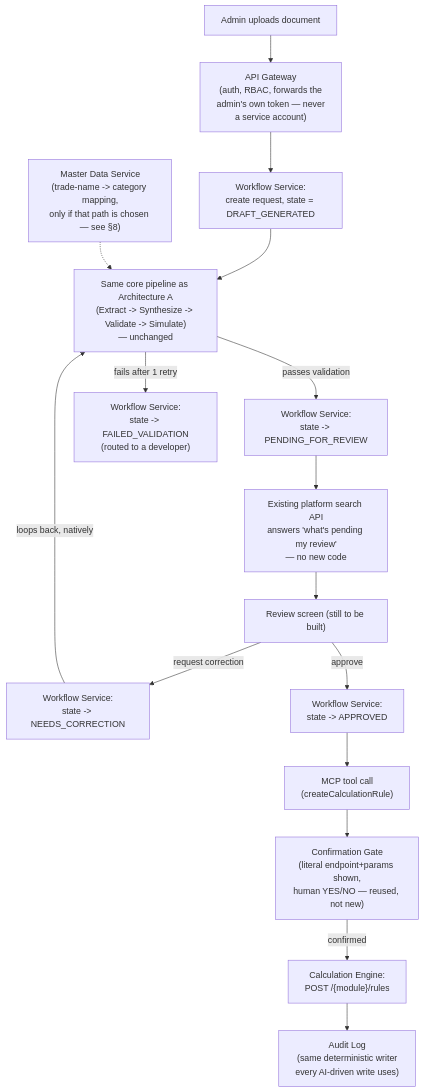
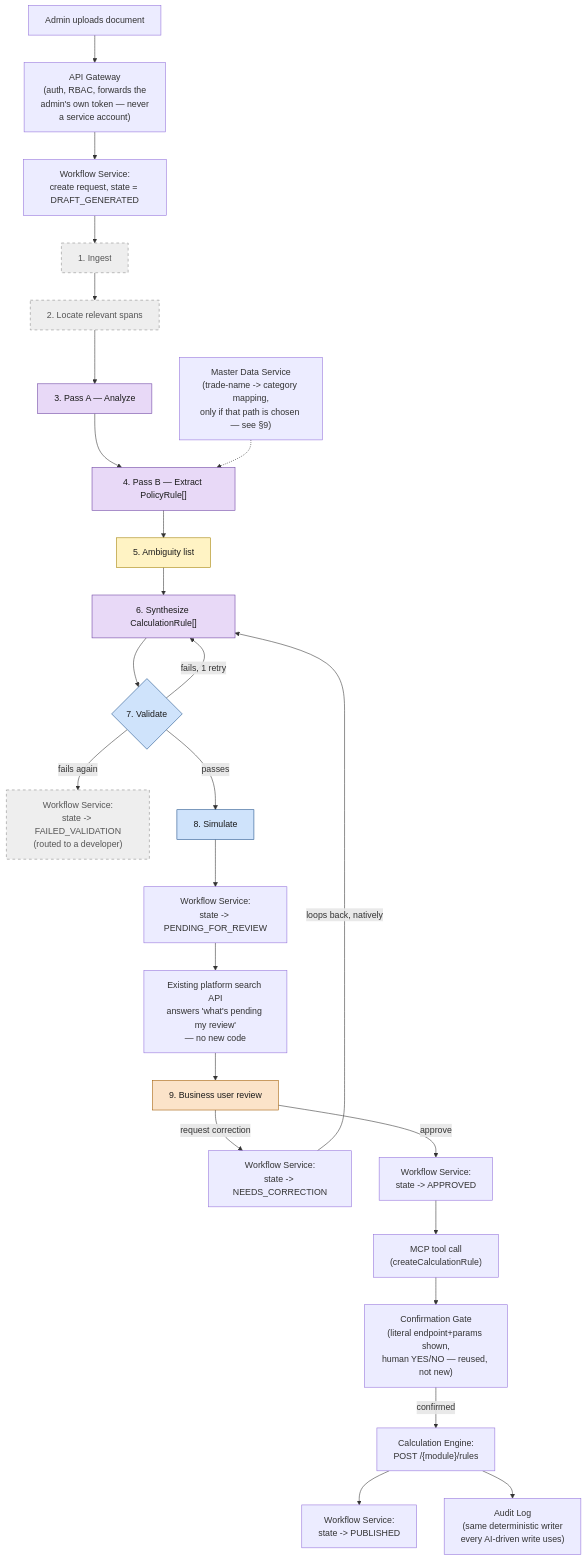
The second of 5 diagrams in DEMO.md (srujana-egov/policy-to-calc-spec), drawn with Mermaid before and after one commit. The commit also changed other lines of this file, not shown here.

First line of the commit message:
Add structured-outputs/PolicyRule section and expand DIGIT-native architecture diagram

````diff
--- a/DEMO.md
+++ b/DEMO.md
@@ -154,21 +221,34 @@
 ```mermaid
 flowchart TD
     ADMIN["Admin uploads document"] --> KONG["API Gateway<br/>(auth, RBAC, forwards the<br/>admin's own token — never<br/>a service account)"]
     KONG --> WFNEW["Workflow Service:<br/>create request, state = DRAFT_GENERATED"]
-    WFNEW --> PIPELINE["Same core pipeline as Architecture A<br/>(Extract -> Synthesize -> Validate -> Simulate)<br/>— unchanged"]
-    MDMS["Master Data Service<br/>(trade-name -> category mapping,<br/>only if that path is chosen — see §8)"] -.-> PIPELINE
 
-    PIPELINE -->|passes validation| WFREVIEW["Workflow Service:<br/>state -> PENDING_FOR_REVIEW"]
-    PIPELINE -->|fails after 1 retry| WFFAIL["Workflow Service:<br/>state -> FAILED_VALIDATION<br/>(routed to a developer)"]
+    WFNEW --> S1["1. Ingest"]:::notbuilt --> S2["2. Locate relevant spans"]:::notbuilt
+    S2 --> S3D["3. Pass A — Analyze"]:::ai --> S4D["4. Pass B — Extract PolicyRule[]"]:::ai
+    S4D --> S5D["5. Ambiguity list"]:::partial --> S6D["6. Synthesize CalculationRule[]"]:::ai
+    MDMS["Master Data Service<br/>(trade-name -> category mapping,<br/>only if that path is chosen — see §9)"] -.-> S4D
 
+    S6D --> S7D{"7. Validate"}:::code
+    S7D -->|fails, 1 retry| S6D
+    S7D -->|fails again| WFFAIL["Workflow Service:<br/>state -> FAILED_VALIDATION<br/>(routed to a developer)"]:::notbuilt
+    S7D -->|passes| S8D["8. Simulate"]:::code
+
+    S8D --> WFREVIEW["Workflow Service:<br/>state -> PENDING_FOR_REVIEW"]
     WFREVIEW --> SEARCHAPI["Existing platform search API<br/>answers 'what's pending my review'<br/>— no new code"]
-    SEARCHAPI --> REVIEWUI["Review screen (still to be built)"]
-    REVIEWUI -->|request correction| WFCORRECT["Workflow Service:<br/>state -> NEEDS_CORRECTION"]
-    WFCORRECT -->|loops back, natively| PIPELINE
-    REVIEWUI -->|approve| WFAPPROVE["Workflow Service:<br/>state -> APPROVED"]
+    SEARCHAPI --> S9D["9. Business user review"]:::human
+    S9D -->|request correction| WFCORRECT["Workflow Service:<br/>state -> NEEDS_CORRECTION"]
+    WFCORRECT -->|loops back, natively| S6D
+    S9D -->|approve| WFAPPROVE["Workflow Service:<br/>state -> APPROVED"]
 
     WFAPPROVE --> MCPTOOL["MCP tool call<br/>(createCalculationRule)"]
     MCPTOOL --> GATE["Confirmation Gate<br/>(literal endpoint+params shown,<br/>human YES/NO — reused, not new)"]
     GATE -->|confirmed| CALCENGINE["Calculation Engine:<br/>POST /{module}/rules"]
+    CALCENGINE --> WFPUBLISH["Workflow Service:<br/>state -> PUBLISHED"]
     CALCENGINE --> AUDITLOG["Audit Log<br/>(same deterministic writer<br/>every AI-driven write uses)"]
+
+    classDef ai fill:#e8d9f7,stroke:#6a3fa0,color:#1a1a1a
+    classDef code fill:#cfe3fb,stroke:#1b4d89,color:#1a1a1a
+    classDef human fill:#fbe3c9,stroke:#a15b00,color:#1a1a1a
+    classDef partial fill:#fff3c4,stroke:#a17f00,color:#1a1a1a
+    classDef notbuilt fill:#eeeeee,stroke:#888888,color:#555555,stroke-dasharray: 5 5
 ```
````
